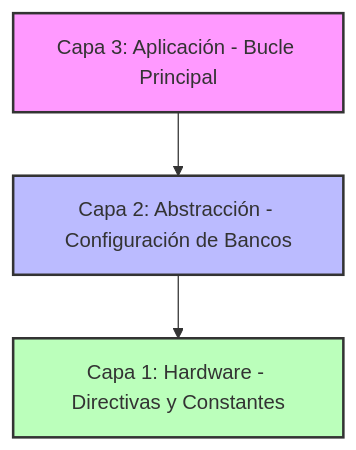
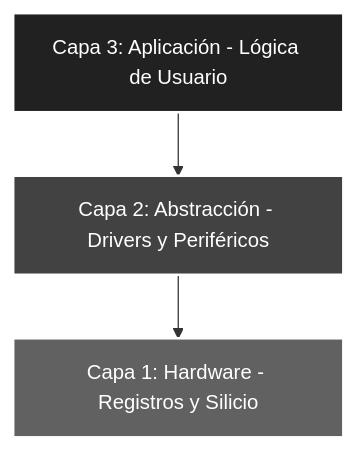
Before and after one commit to CarlitozMF/PIC16F84A-Mastery: the diagram in ASM_MPASM/Ensam_01.X/README.md, drawn with Mermaid.

````diff
--- a/ASM_MPASM/Ensam_01.X/README.md
+++ b/ASM_MPASM/Ensam_01.X/README.md
@@ -25,8 +25,10 @@
 ```mermaid
 graph TD
-    A[Capa 3: Aplicación - Bucle Principal] --> B[Capa 2: Abstracción - Configuración de Bancos]
-    B --> C[Capa 1: Hardware - Directivas y Constantes]
-    style A fill:#f9f,stroke:#333,stroke-width:2px
-    style B fill:#bbf,stroke:#333,stroke-width:2px
-    style C fill:#bfb,stroke:#333,stroke-width:2px
+    A[Capa 3: Aplicación - Lógica de Usuario] --> B[Capa 2: Abstracción - Drivers y Periféricos]
+    B --> C[Capa 1: Hardware - Registros y Silicio]
+    
+    %% Estilos en Escala de Grises (Dark Professional)
+    style A fill:#212121,stroke:#ffffff,stroke-width:2px,color:#ffffff
+    style B fill:#424242,stroke:#ffffff,stroke-width:2px,color:#ffffff
+    style C fill:#616161,stroke:#ffffff,stroke-width:2px,color:#ffffff
 ```
````
